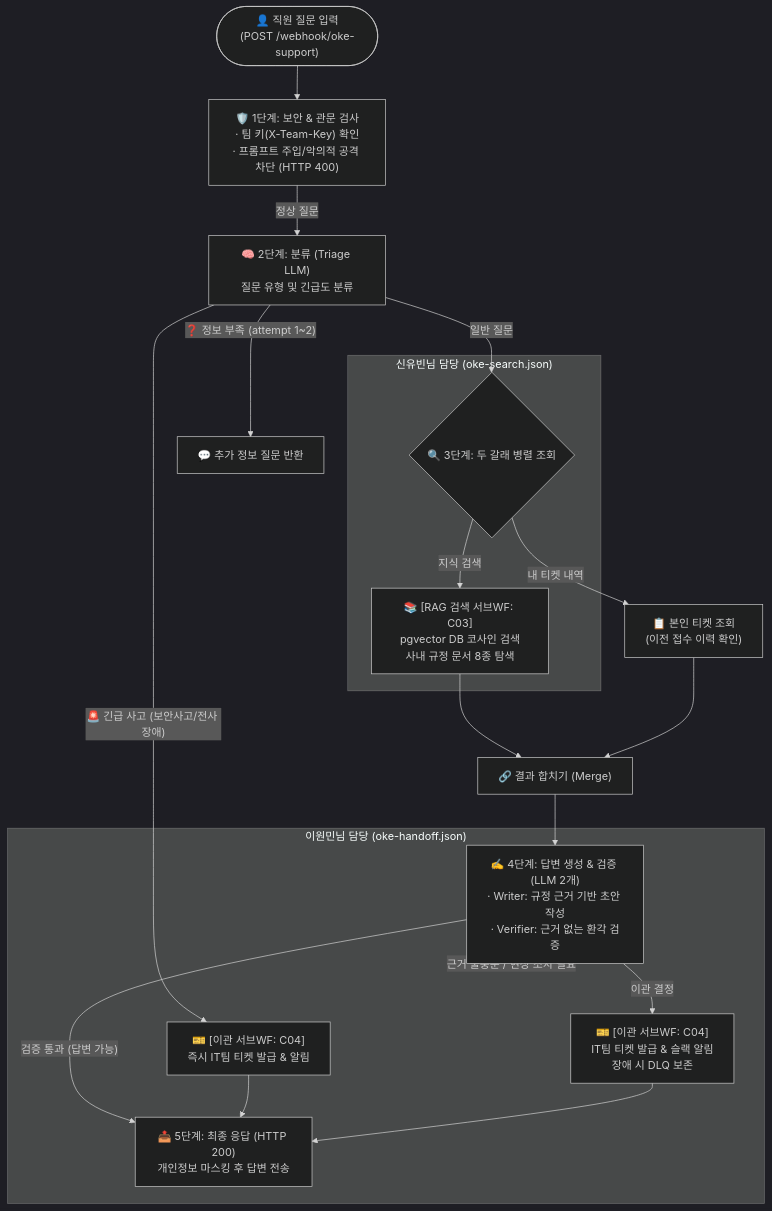
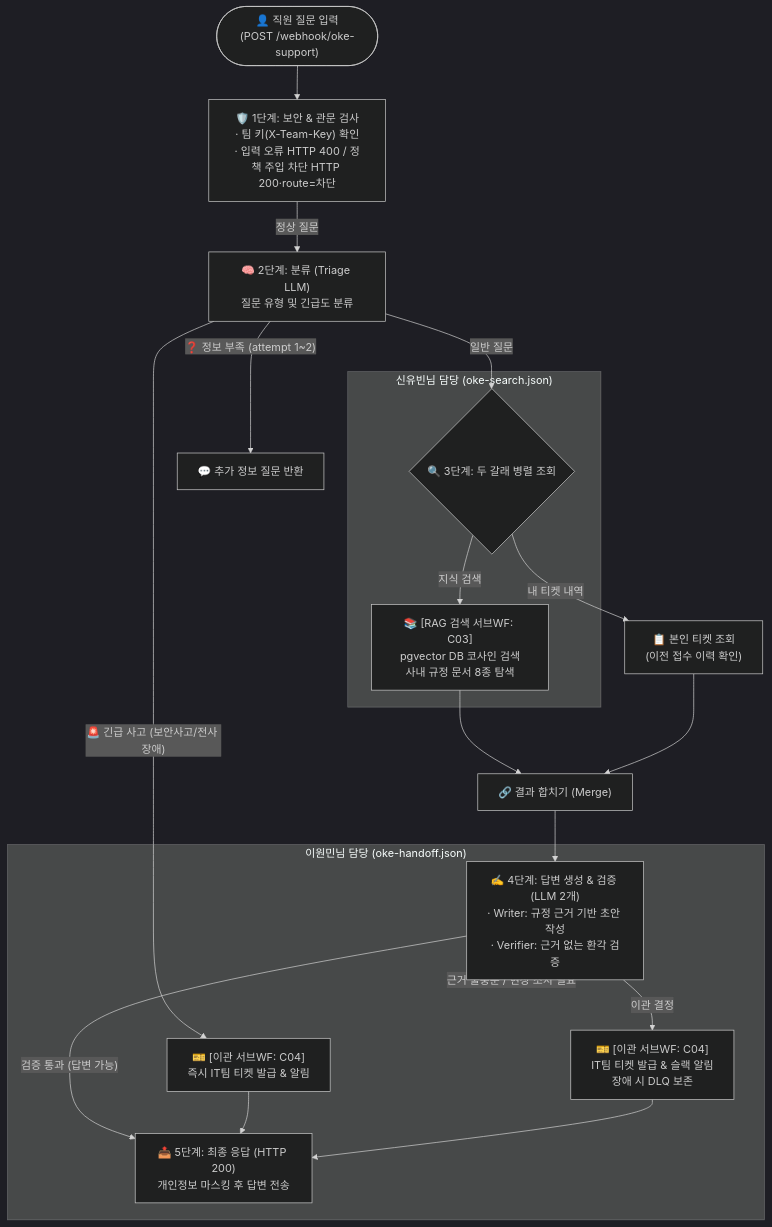
One commit to encore-ai-campus/aio-01-p4-team1 changed the first of 2 diagrams in docs/WORKFLOW-DESIGN.md. Above: the diagram before and after it, drawn with Mermaid (dark theme). The commit also changed other lines of this file and 5 other files, not shown here.

````diff
--- a/docs/WORKFLOW-DESIGN.md
+++ b/docs/WORKFLOW-DESIGN.md
@@ -21,34 +21,34 @@
 ```mermaid
 flowchart TD
-  USER(["👤 직원 질문 입력<br/>(POST /webhook/oke-support)"]) --> N01["🛡️ 1단계: 보안 & 관문 검사<br/>· 팀 키(X-Team-Key) 확인<br/>· 프롬프트 주입/악의적 공격 차단 (HTTP 400)"]
+  USER(["👤 직원 질문 입력<br/>(POST /webhook/oke-support)"]) --> N01["🛡️ 1단계: 보안 & 관문 검사<br/>· 팀 키(X-Team-Key) 확인<br/>· 입력 오류 HTTP 400 / 정책 주입 차단 HTTP 200·route=차단"]
   N01 -->|"정상 질문"| N02["🧠 2단계: 분류 (Triage LLM)<br/>질문 유형 및 긴급도 분류"]
 
   %% 긴급 분기
   N02 -->|"🚨 긴급 사고 (보안사고/전사 장애)"| H1["🎫 [이관 서브WF: C04]<br/>즉시 IT팀 티켓 발급 & 알림"]
 
   %% 정보 부족 분기
   N02 -->|"❓ 정보 부족 (attempt 1~2)"| ASK["💬 추가 정보 질문 반환"]
 
   %% 일반 답변 분기 (병렬 조회)
   N02 -->|"일반 질문"| DUAL{"🔍 3단계: 두 갈래 병렬 조회"}
 
   subgraph SUB_SEARCH["신유빈님 담당 (oke-search.json)"]
     DUAL -->|"지식 검색"| RAG["📚 [RAG 검색 서브WF: C03]<br/>pgvector DB 코사인 검색<br/>사내 규정 문서 8종 탐색"]
   end
 
   DUAL -->|"내 티켓 내역"| MY_TICKET["📋 본인 티켓 조회<br/>(이전 접수 이력 확인)"]
 
   RAG --> MERGE["🔗 결과 합치기 (Merge)"]
   MY_TICKET --> MERGE
 
   MERGE --> N03["✍️ 4단계: 답변 생성 & 검증 (LLM 2개)<br/>· Writer: 규정 근거 기반 초안 작성<br/>· Verifier: 근거 없는 환각 검증"]
 
   N03 -->|"검증 통과 (답변 가능)"| OUT["📤 5단계: 최종 응답 (HTTP 200)<br/>개인정보 마스킹 후 답변 전송"]
   N03 -->|"근거 불충분 / 현장 조치 필요"| SUB_HANDOFF
 
   subgraph SUB_HANDOFF["이원민님 담당 (oke-handoff.json)"]
     H1 --> OUT
     N03 -->|"이관 결정"| H2["🎫 [이관 서브WF: C04]<br/>IT팀 티켓 발급 & 슬랙 알림<br/>장애 시 DLQ 보존"]
     H2 --> OUT
   end
 ```
````
